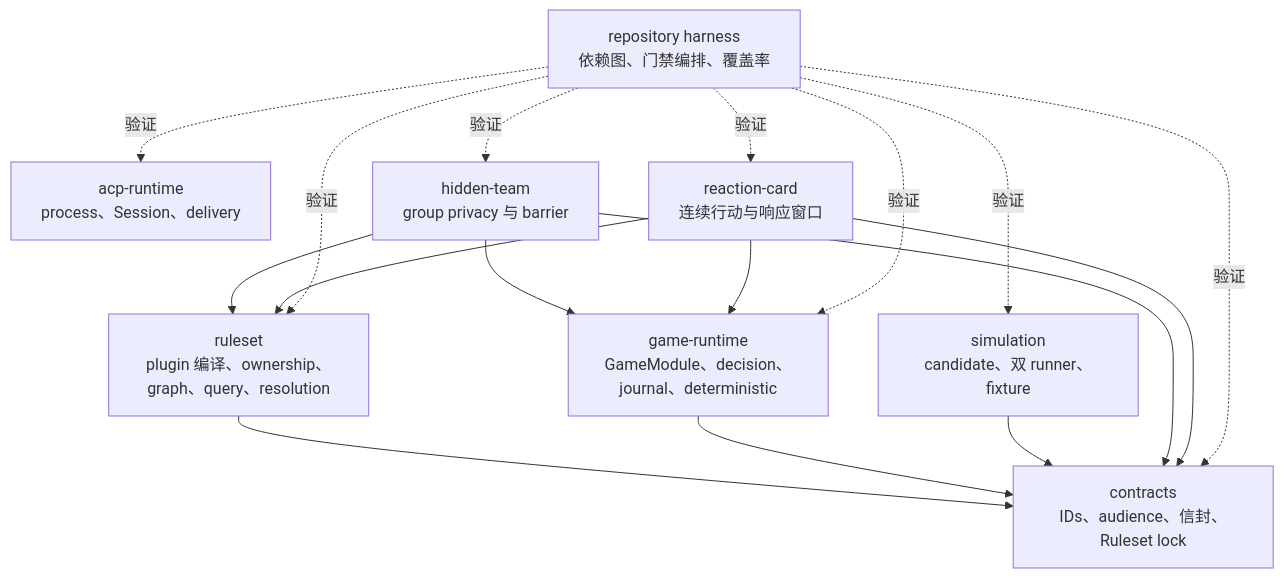
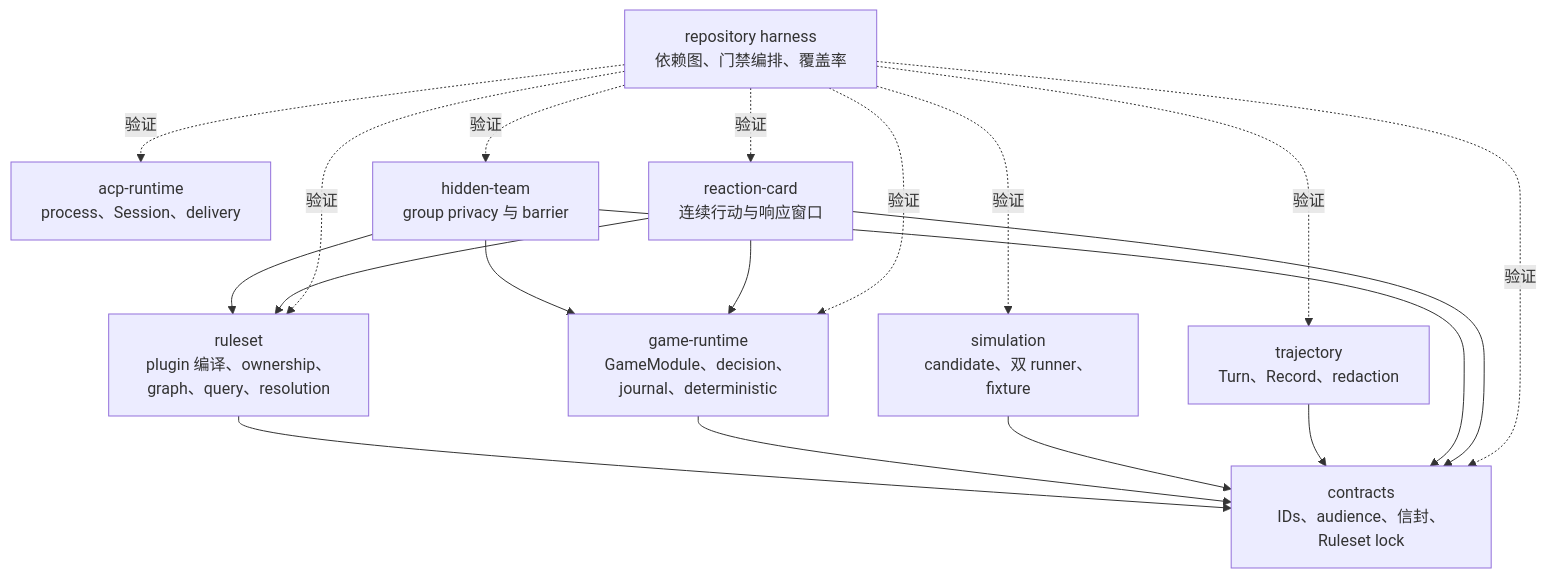
The first of 3 diagrams in docs/architecture.md (renewboy/agent-arena-core), drawn with Mermaid before and after one commit. The commit also changed other lines of this file and 12 other files, not shown here.

Commit message:
feat: add reusable trajectory turn recorder

````diff
--- a/docs/architecture.md
+++ b/docs/architecture.md
@@ -24,28 +25,31 @@
 ```mermaid
 flowchart TB
     ACP["acp-runtime<br/>process、Session、delivery"]
     Contracts["contracts<br/>IDs、audience、信封、Ruleset lock"]
     Ruleset["ruleset<br/>plugin 编译、ownership、graph、query、resolution"]
     Runtime["game-runtime<br/>GameModule、decision、journal、deterministic"]
     Simulation["simulation<br/>candidate、双 runner、fixture"]
+    Trajectory["trajectory<br/>Turn、Record、redaction"]
     Hidden["hidden-team<br/>group privacy 与 barrier"]
     Card["reaction-card<br/>连续行动与响应窗口"]
     Harness["repository harness<br/>依赖图、门禁编排、覆盖率"]
 
     Ruleset --> Contracts
     Runtime --> Contracts
     Simulation --> Contracts
+    Trajectory --> Contracts
     Hidden --> Contracts
     Hidden --> Ruleset
     Hidden --> Runtime
     Card --> Contracts
     Card --> Ruleset
     Card --> Runtime
     Harness -.验证.-> Contracts
     Harness -.验证.-> ACP
     Harness -.验证.-> Ruleset
     Harness -.验证.-> Runtime
     Harness -.验证.-> Simulation
+    Harness -.验证.-> Trajectory
     Harness -.验证.-> Hidden
     Harness -.验证.-> Card
 ```
````
